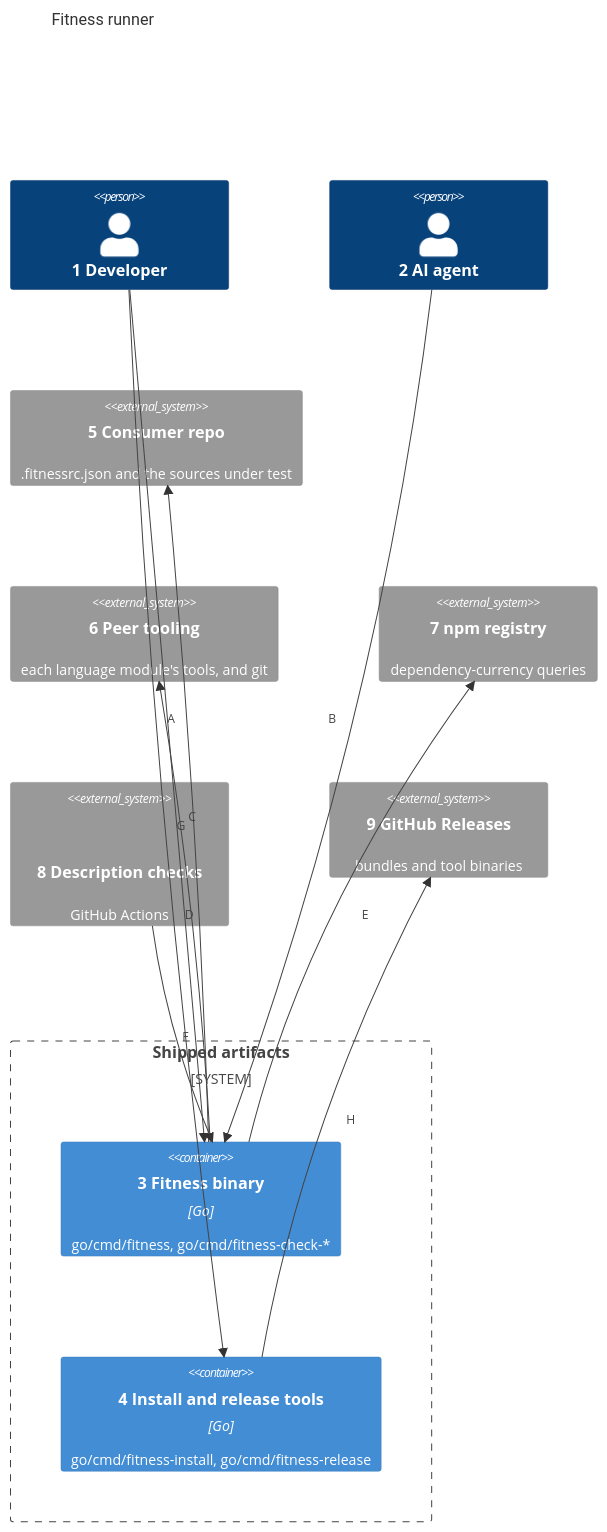
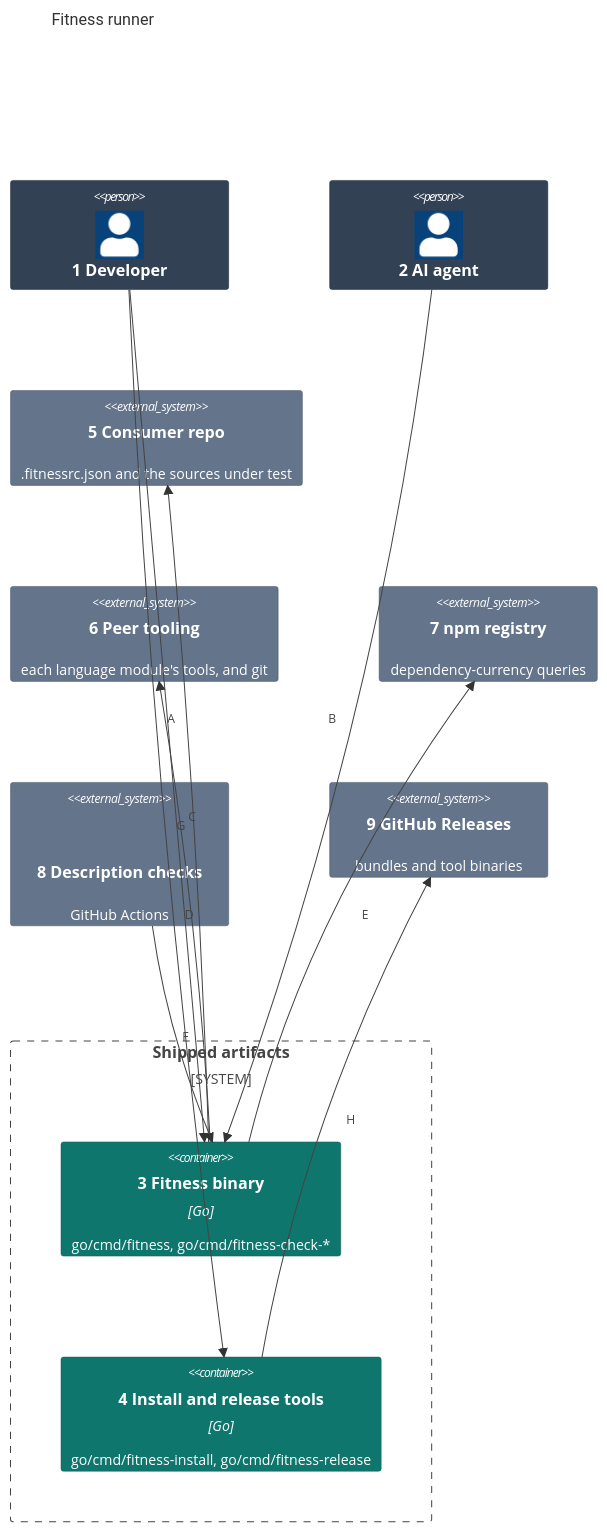
Before and after one commit to may-journal/fitness-runner: the first of 2 diagrams in docs/architecture/02-containers.md, drawn with Mermaid. The commit also changed other lines of this file and 27 other files, not shown here.

First line of the commit message:
feat(doc-template): give each architecture view its level's form and palette (#608)

````diff
--- a/docs/architecture/02-containers.md
+++ b/docs/architecture/02-containers.md
@@ -8,27 +8,37 @@
 ```mermaid
 C4Container
     title Fitness runner
 
     Person(developer, "1 Developer")
     Person(agent, "2 AI agent")
 
     System_Boundary(ship, "Shipped artifacts") {
         Container(cli, "3 Fitness binary", "Go", "go/cmd/fitness, go/cmd/fitness-check-*")
         Container(tools, "4 Install and release tools", "Go", "go/cmd/fitness-install, go/cmd/fitness-release")
     }
 
     System_Ext(consumer, "5 Consumer repo", ".fitnessrc.json and the sources under test")
     System_Ext(peers, "6 Peer tooling", "each language module's tools, and git")
     System_Ext(registry, "7 npm registry", "dependency-currency queries")
     System_Ext(ci, "8 Description checks", "GitHub Actions", "issue-check and pr-check")
     System_Ext(releases, "9 GitHub Releases", "bundles and tool binaries")
 
     Rel(developer, cli, "A")
     Rel(agent, cli, "B")
     Rel(cli, consumer, "C")
     Rel(cli, peers, "D")
     Rel(cli, registry, "E")
     Rel(ci, cli, "F")
     Rel(developer, tools, "G")
     Rel(tools, releases, "H")
+
+    UpdateElementStyle(developer, $bgColor="#334155", $borderColor="#1e293b", $fontColor="#ffffff")
+    UpdateElementStyle(agent, $bgColor="#334155", $borderColor="#1e293b", $fontColor="#ffffff")
+    UpdateElementStyle(cli, $bgColor="#0f766e", $borderColor="#115e59", $fontColor="#ffffff")
+    UpdateElementStyle(tools, $bgColor="#0f766e", $borderColor="#115e59", $fontColor="#ffffff")
+    UpdateElementStyle(consumer, $bgColor="#64748b", $borderColor="#475569", $fontColor="#ffffff")
+    UpdateElementStyle(peers, $bgColor="#64748b", $borderColor="#475569", $fontColor="#ffffff")
+    UpdateElementStyle(registry, $bgColor="#64748b", $borderColor="#475569", $fontColor="#ffffff")
+    UpdateElementStyle(ci, $bgColor="#64748b", $borderColor="#475569", $fontColor="#ffffff")
+    UpdateElementStyle(releases, $bgColor="#64748b", $borderColor="#475569", $fontColor="#ffffff")
 ```
````
